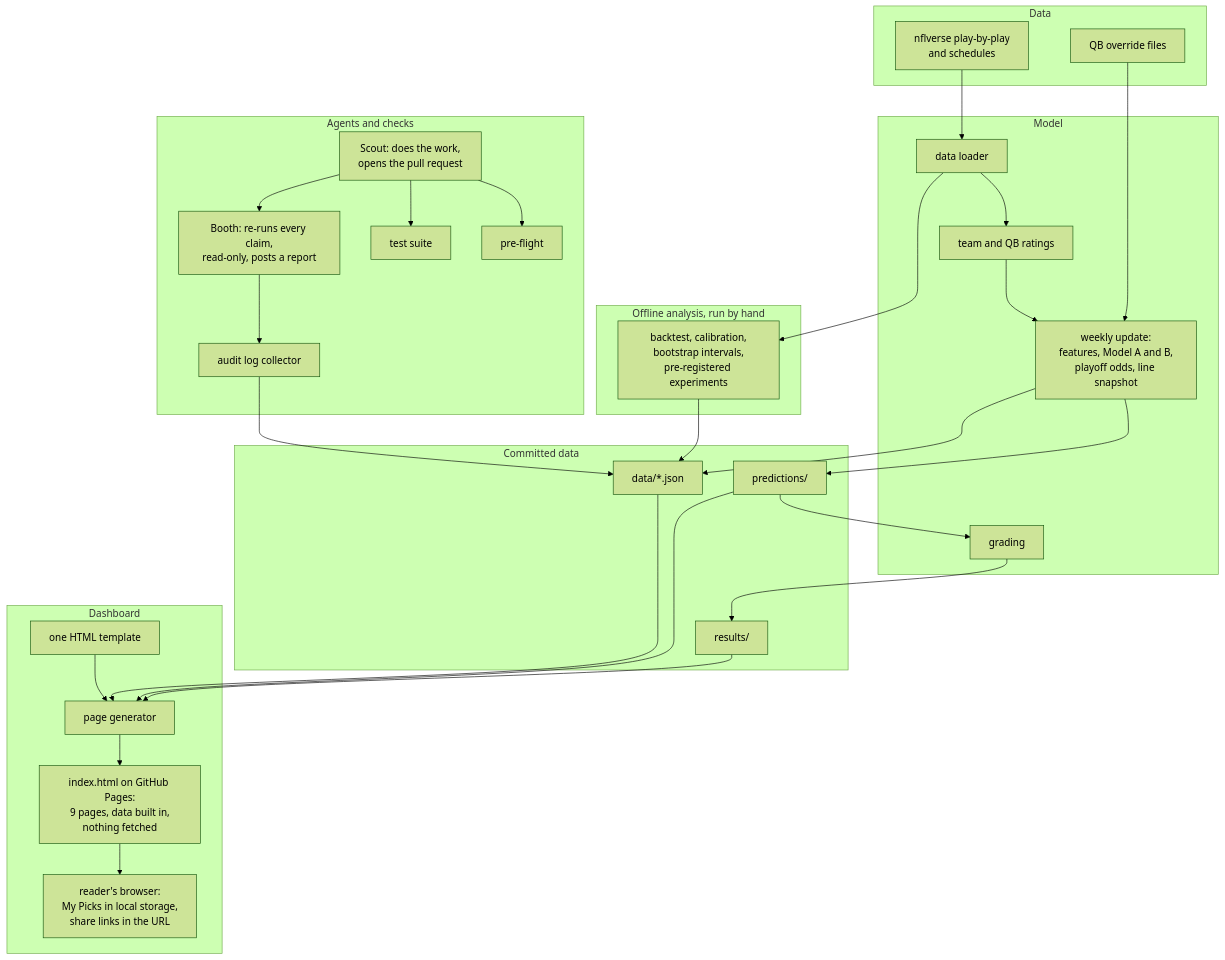
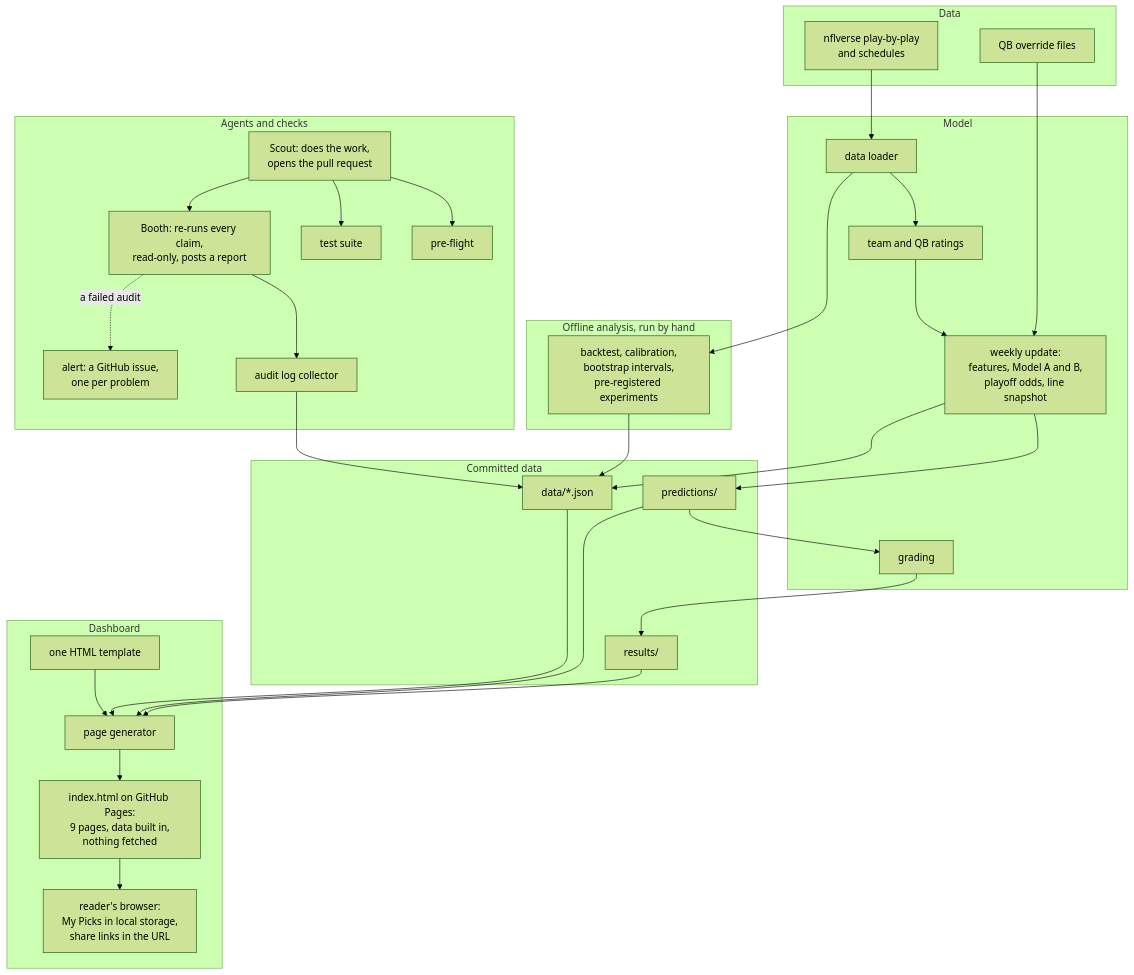
Before and after one commit to lifeisgreat07/NFL-Model-2: the diagram in docs/architecture.md, drawn with Mermaid (forest theme). The commit also changed other lines of this file and 9 other files, not shown here.

First line of the commit message:
Stage 4: raise an issue when a Booth audit fails

````diff
--- a/docs/architecture.md
+++ b/docs/architecture.md
@@ -7,56 +7,58 @@
 ```mermaid
 flowchart TB
   subgraph DATA["Data"]
     NFL["nflverse play-by-play<br/>and schedules"]
     OVR["QB override files"]
   end
 
   subgraph MODEL["Model"]
     LOAD["data loader"]
     RATE["team and QB ratings"]
     WEEK["weekly update:<br/>features, Model A and B,<br/>playoff odds, line snapshot"]
     GRADE["grading"]
   end
 
   subgraph STORE["Committed data"]
     PRED["predictions/"]
     RES["results/"]
     DJ["data/*.json"]
   end
 
   subgraph ANALYSIS["Offline analysis, run by hand"]
     BT["backtest, calibration,<br/>bootstrap intervals,<br/>pre-registered experiments"]
   end
 
   subgraph AGENTS["Agents and checks"]
     SCOUT["Scout: does the work,<br/>opens the pull request"]
     PRE["pre-flight"]
     TESTS["test suite"]
     BOOTH["Booth: re-runs every claim,<br/>read-only, posts a report"]
     LOG["audit log collector"]
+    ALERT["alert: a GitHub issue,<br/>one per problem"]
   end
 
   subgraph UI["Dashboard"]
     GEN["page generator"]
     TPL["one HTML template"]
     PAGE["index.html on GitHub Pages:<br/>9 pages, data built in,<br/>nothing fetched"]
     BROWSER["reader's browser:<br/>My Picks in local storage,<br/>share links in the URL"]
   end
 
   NFL --> LOAD --> RATE --> WEEK
   OVR --> WEEK
   WEEK --> PRED
   WEEK --> DJ
   PRED --> GRADE --> RES
   LOAD --> BT --> DJ
 
   SCOUT --> PRE
   SCOUT --> TESTS
   SCOUT --> BOOTH
   BOOTH --> LOG --> DJ
+  BOOTH -. a failed audit .-> ALERT
 
   PRED --> GEN
   RES --> GEN
   DJ --> GEN
   TPL --> GEN --> PAGE --> BROWSER
 ```
````
